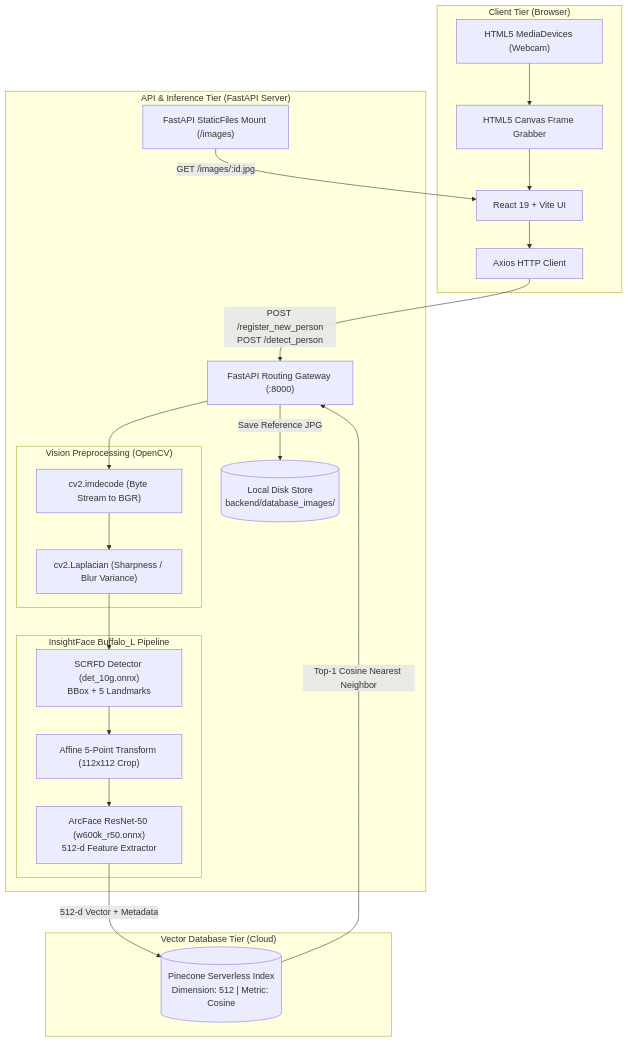
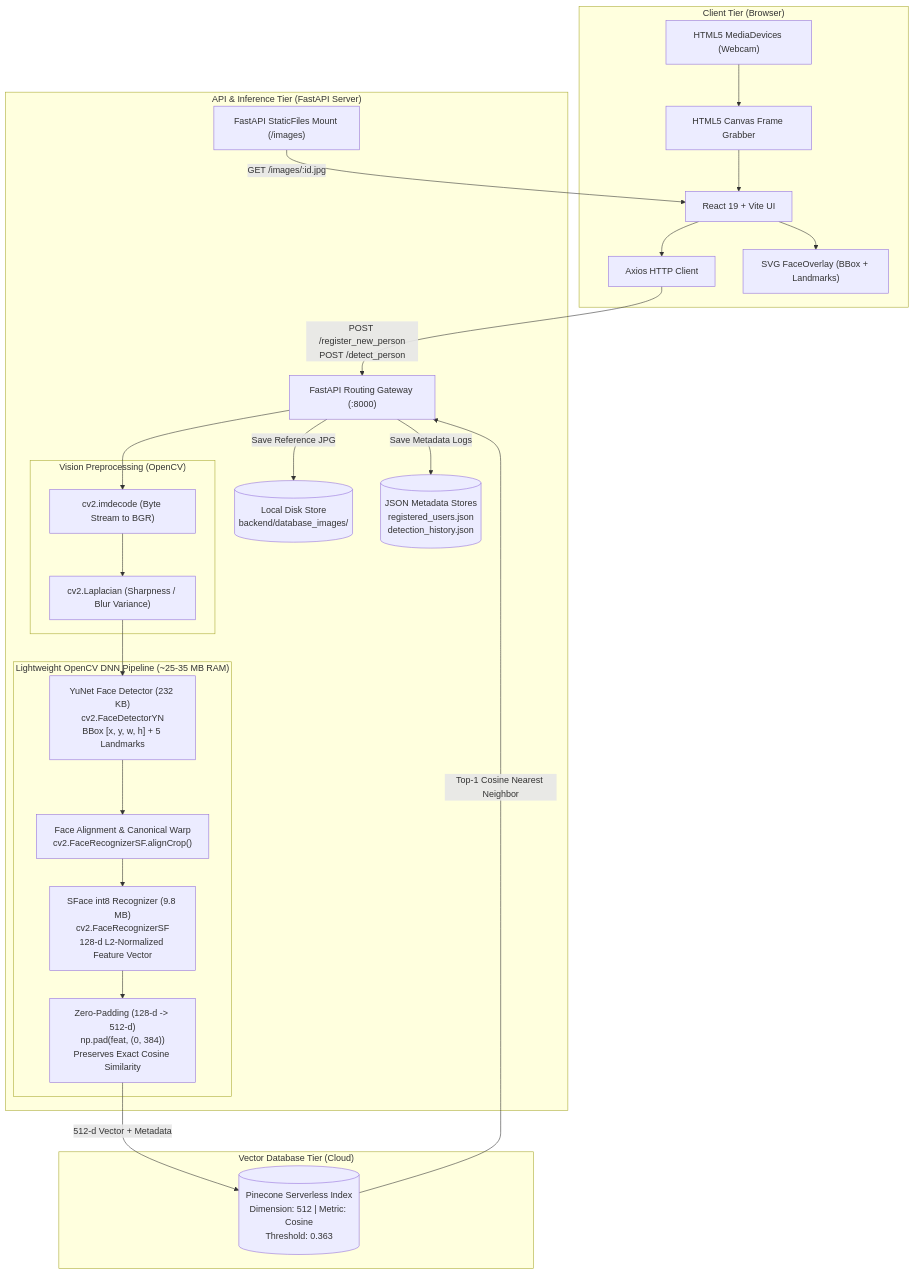
Before and after one commit to Mit-007/face_recognition_POC: the first of 3 diagrams in architecture.md, drawn with Mermaid. The commit also changed other lines of this file and 8 other files, not shown here.

````diff
--- a/architecture.md
+++ b/architecture.md
@@ -11,44 +11,49 @@
 ```mermaid
 flowchart TD
     subgraph Client["Client Tier (Browser)"]
         UI["React 19 + Vite UI"]
         Cam["HTML5 MediaDevices (Webcam)"]
         Canvas["HTML5 Canvas Frame Grabber"]
         Axios["Axios HTTP Client"]
+        Overlay["SVG FaceOverlay (BBox + Landmarks)"]
         
         Cam --> Canvas --> UI
+        UI --> Overlay
         UI --> Axios
     end
 
     subgraph Backend["API & Inference Tier (FastAPI Server)"]
         API["FastAPI Routing Gateway (:8000)"]
         Static["FastAPI StaticFiles Mount (/images)"]
         
         subgraph CV_Gate["Vision Preprocessing (OpenCV)"]
             Decode["cv2.imdecode (Byte Stream to BGR)"]
             Blur["cv2.Laplacian (Sharpness / Blur Variance)"]
         end
         
-        subgraph Deep_Learning["InsightFace Buffalo_L Pipeline"]
-            SCRFD["SCRFD Detector (det_10g.onnx)\nBBox + 5 Landmarks"]
-            Align["Affine 5-Point Transform (112x112 Crop)"]
-            ArcFace["ArcFace ResNet-50 (w600k_r50.onnx)\n512-d Feature Extractor"]
+        subgraph OpenCV_DNN["Lightweight OpenCV DNN Pipeline (~25-35 MB RAM)"]
+            YuNet["YuNet Face Detector (232 KB)\ncv2.FaceDetectorYN\nBBox [x, y, w, h] + 5 Landmarks"]
+            AlignCrop["Face Alignment & Canonical Warp\ncv2.FaceRecognizerSF.alignCrop()"]
+            SFace["SFace int8 Recognizer (9.8 MB)\ncv2.FaceRecognizerSF\n128-d L2-Normalized Feature Vector"]
+            Pad512["Zero-Padding (128-d -> 512-d)\nnp.pad(feat, (0, 384))\nPreserves Exact Cosine Similarity"]
         end
         
         DiskStore[("Local Disk Store\nbackend/database_images/")]
+        JSONStore[("JSON Metadata Stores\nregistered_users.json\ndetection_history.json")]
     end
 
     subgraph Cloud_DB["Vector Database Tier (Cloud)"]
-        Pinecone[("Pinecone Serverless Index\nDimension: 512 | Metric: Cosine")]
+        Pinecone[("Pinecone Serverless Index\nDimension: 512 | Metric: Cosine\nThreshold: 0.363")]
     end
 
     Axios -->|POST /register_new_person\nPOST /detect_person| API
     Static -->|GET /images/:id.jpg| UI
     
     API --> Decode --> Blur
-    Blur --> SCRFD --> Align --> ArcFace
+    Blur --> YuNet --> AlignCrop --> SFace --> Pad512
     
     API -->|Save Reference JPG| DiskStore
-    ArcFace -->|512-d Vector + Metadata| Pinecone
+    API -->|Save Metadata Logs| JSONStore
+    Pad512 -->|512-d Vector + Metadata| Pinecone
     Pinecone -->|Top-1 Cosine Nearest Neighbor| API
 ```
````
